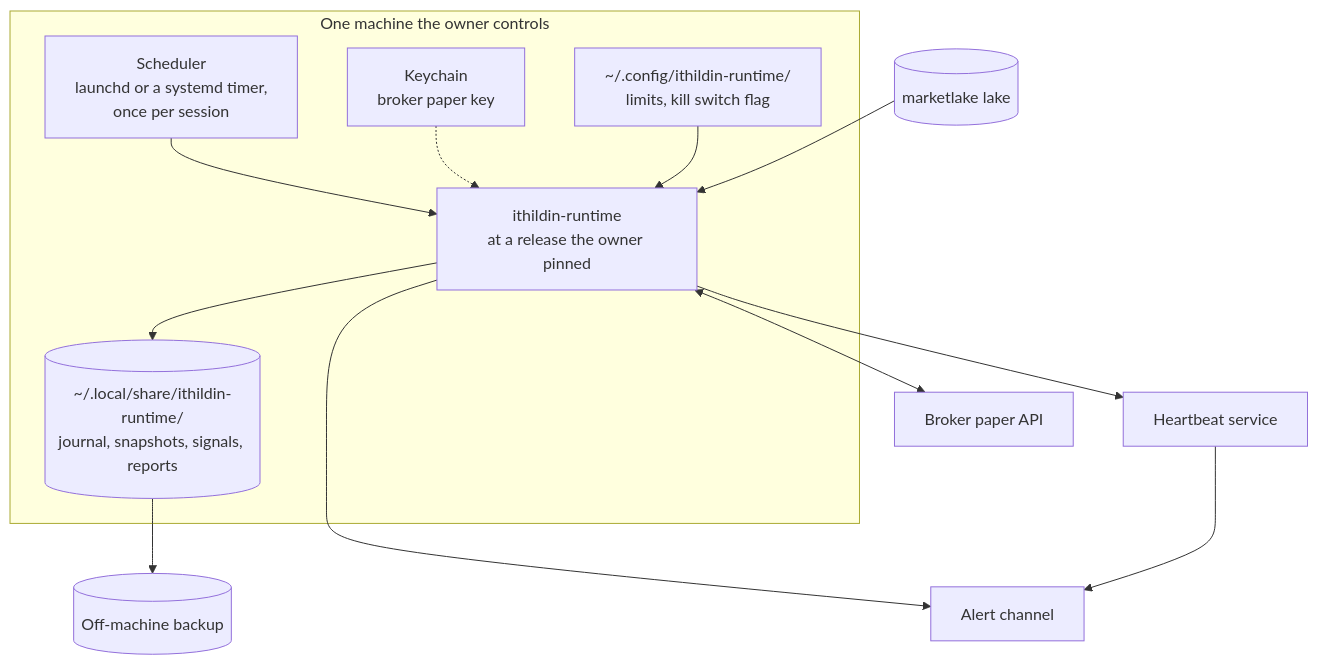
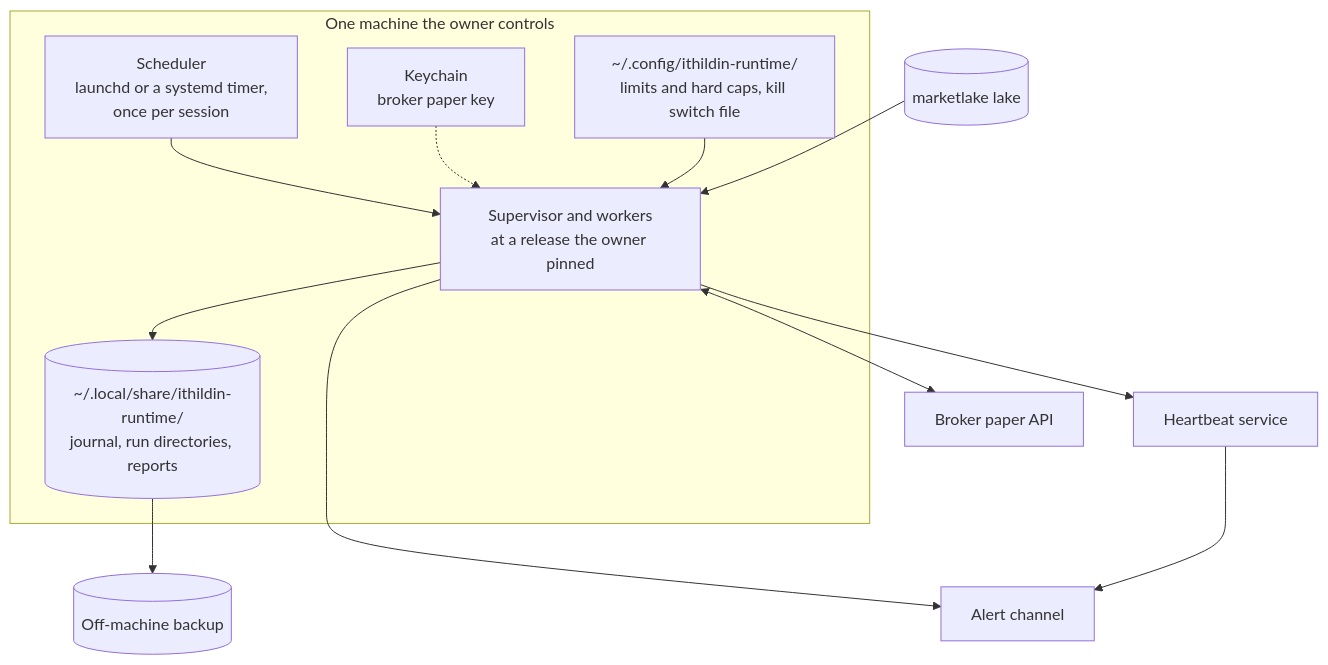
One commit to l3a0/ithildin-runtime changed diagram 15 of 16 in docs/architecture.md. Above: the diagram before and after it, drawn with Mermaid. The commit also changed other lines of this file and 2 other files, not shown here.

First line of the commit message:
docs(architecture): run each module as its own worker, passing files

````diff
--- a/docs/architecture.md
+++ b/docs/architecture.md
@@ -1075,26 +1216,26 @@
 ```mermaid
 flowchart TB
     subgraph host["One machine the owner controls"]
         timer["Scheduler<br/>launchd or a systemd timer,<br/>once per session"]
-        run["ithildin-runtime<br/>at a release the owner pinned"]
+        run["Supervisor and workers<br/>at a release the owner pinned"]
         keychain["Keychain<br/>broker paper key"]
-        cfg["~/.config/ithildin-runtime/<br/>limits, kill switch flag"]
-        store[("~/.local/share/ithildin-runtime/<br/>journal, snapshots, signals, reports")]
+        cfg["~/.config/ithildin-runtime/<br/>limits and hard caps, kill switch file"]
+        store[("~/.local/share/ithildin-runtime/<br/>journal, run directories, reports")]
         timer --> run
         keychain -.-> run
         cfg --> run
         run --> store
     end
     lake[("marketlake lake")]
     broker["Broker paper API"]
     backup[("Off-machine backup")]
     beat["Heartbeat service"]
     alerts["Alert channel"]
 
     lake --> run
     run <--> broker
     store --> backup
     run --> beat
     run --> alerts
     beat --> alerts
 ```
````
